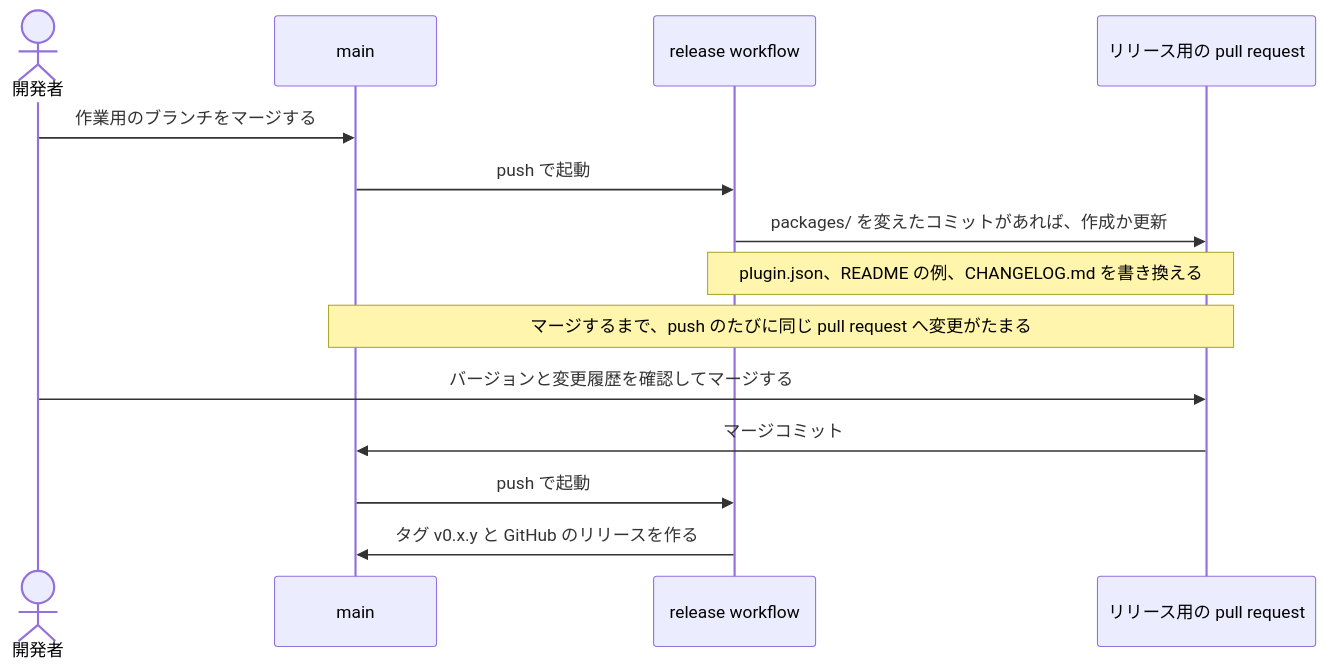
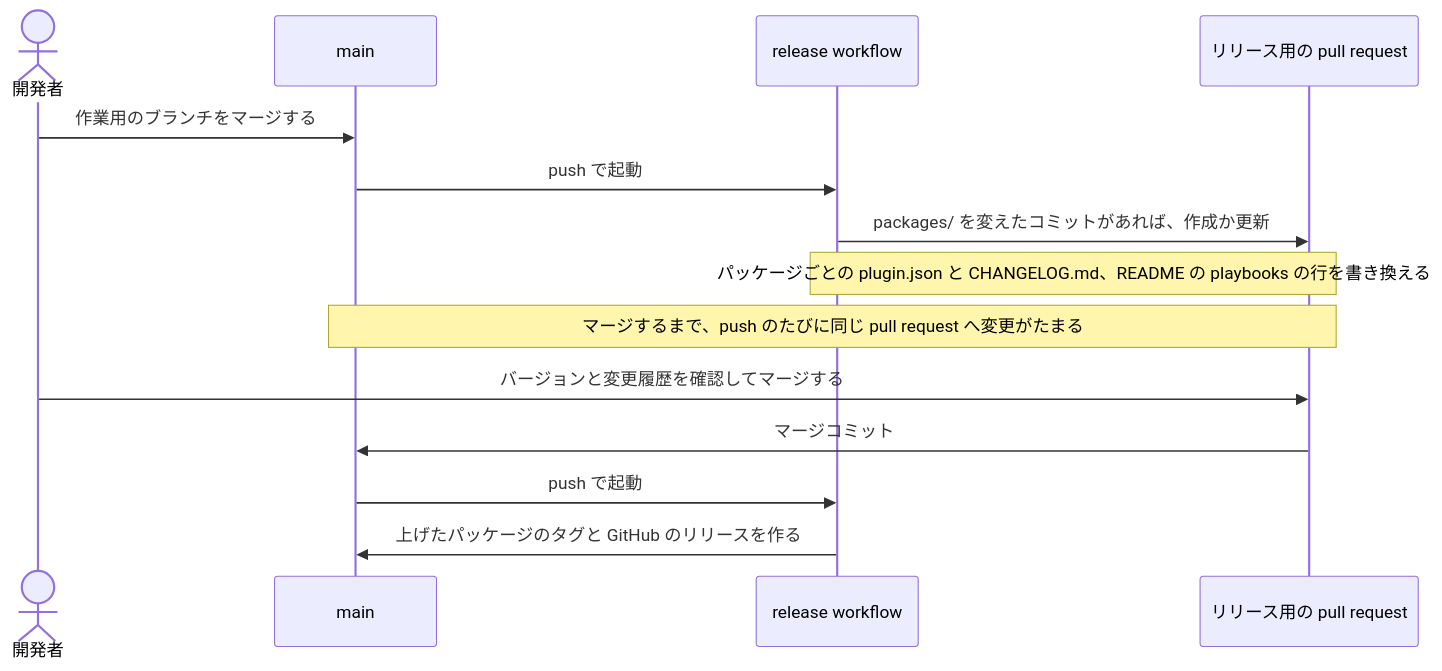
One commit to Fukuemon/agent-playbooks changed the second of 2 diagrams in CONTRIBUTING.md. Above: the diagram before and after it, drawn with Mermaid. The commit also changed other lines of this file and 2 other files, not shown here.

````diff
--- a/CONTRIBUTING.md
+++ b/CONTRIBUTING.md
@@ -118,16 +123,16 @@
 ```mermaid
 sequenceDiagram
     actor Dev as 開発者
     participant Main as main
     participant WF as release workflow
     participant PR as リリース用の pull request
     Dev->>Main: 作業用のブランチをマージする
     Main->>WF: push で起動
     WF->>PR: packages/ を変えたコミットがあれば、作成か更新
-    Note over WF,PR: plugin.json、README の例、CHANGELOG.md を書き換える
+    Note over WF,PR: パッケージごとの plugin.json と CHANGELOG.md、README の playbooks の行を書き換える
     Note over Main,PR: マージするまで、push のたびに同じ pull request へ変更がたまる
     Dev->>PR: バージョンと変更履歴を確認してマージする
     PR->>Main: マージコミット
     Main->>WF: push で起動
-    WF->>Main: タグ v0.x.y と GitHub のリリースを作る
+    WF->>Main: 上げたパッケージのタグと GitHub のリリースを作る
 ```
````
